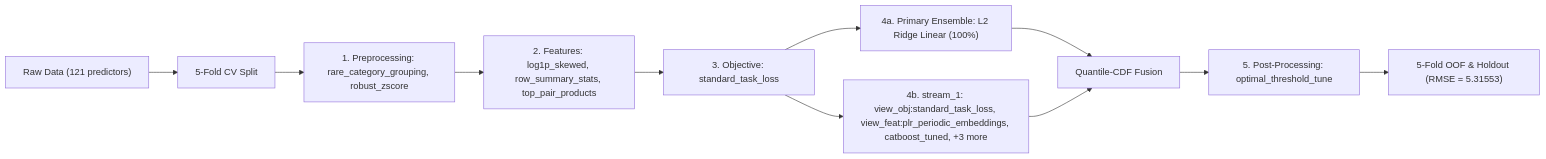
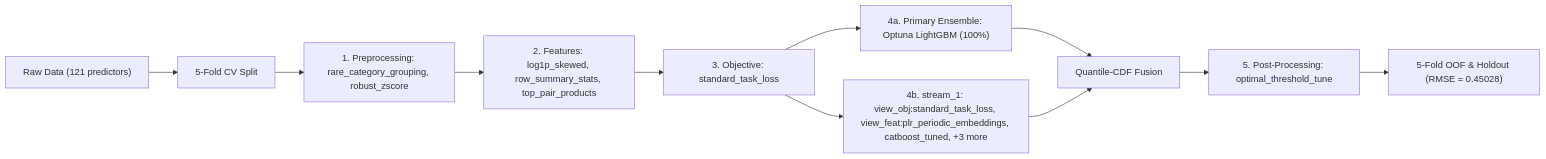
One commit to stefanoclss/UM-Game-Playing-Strength-of-MCTS-Variants changed the diagram in README.md. Above: the diagram before and after it, drawn with Mermaid. The commit also changed other lines of this file, not shown here.

First line of the commit message:
docs(readme): refresh verified OOF benchmark & build ledger (RMSE=0.45028)

````diff
--- a/README.md
+++ b/README.md
@@ -74,13 +75,13 @@
 ```mermaid
 flowchart LR
     DATA["Raw Data (121 predictors)"] --> SPLIT["5-Fold CV Split"]
     SPLIT --> PRE["1. Preprocessing: rare_category_grouping, robust_zscore"]
     PRE --> FEAT["2. Features: log1p_skewed, row_summary_stats, top_pair_products"]
     FEAT --> OBJ["3. Objective: standard_task_loss"]
-    OBJ --> M0["4a. Primary Ensemble: L2 Ridge Linear (100%)"]
+    OBJ --> M0["4a. Primary Ensemble: Optuna LightGBM (100%)"]
     M0 --> FUSE["Quantile-CDF Fusion"]
     OBJ --> S1["4b. stream_1: view_obj:standard_task_loss, view_feat:plr_periodic_embeddings, catboost_tuned, +3 more"]
     S1 --> FUSE
     FUSE --> POST["5. Post-Processing: optimal_threshold_tune"]
-    POST --> OUT["5-Fold OOF & Holdout (RMSE = 5.31553)"]
+    POST --> OUT["5-Fold OOF & Holdout (RMSE = 0.45028)"]
 ```
````
